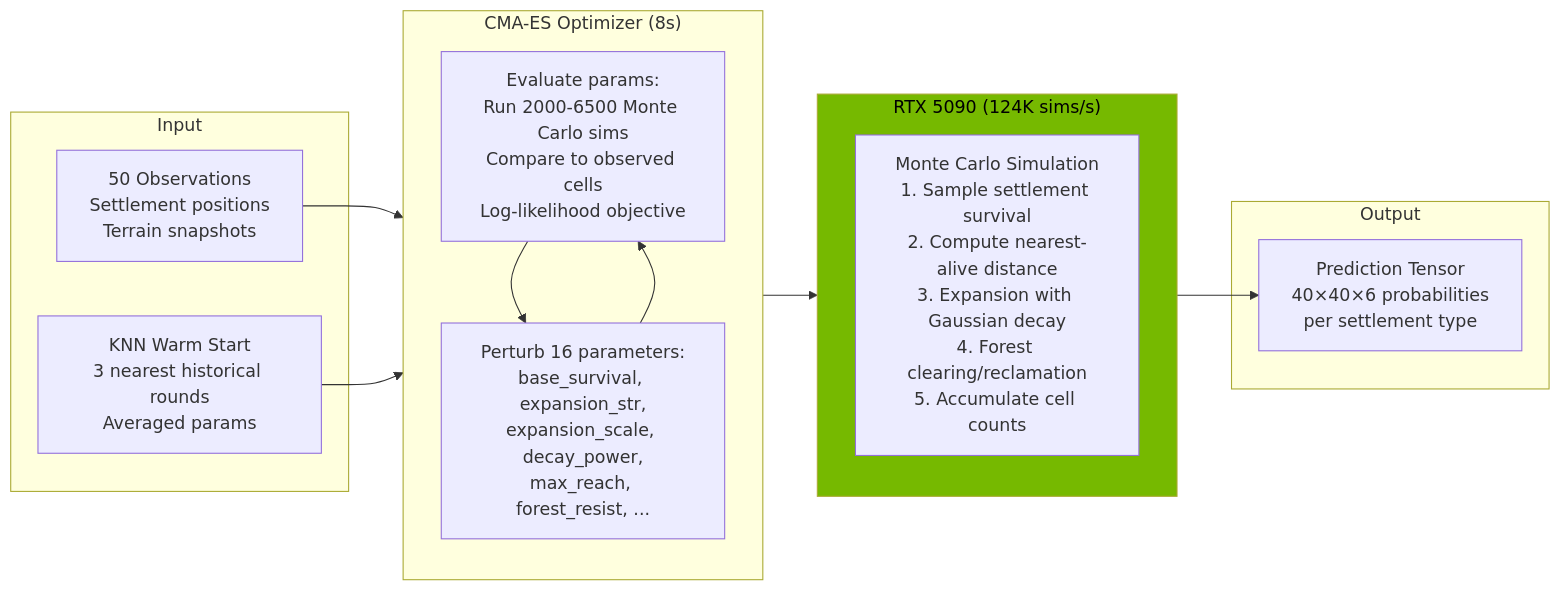
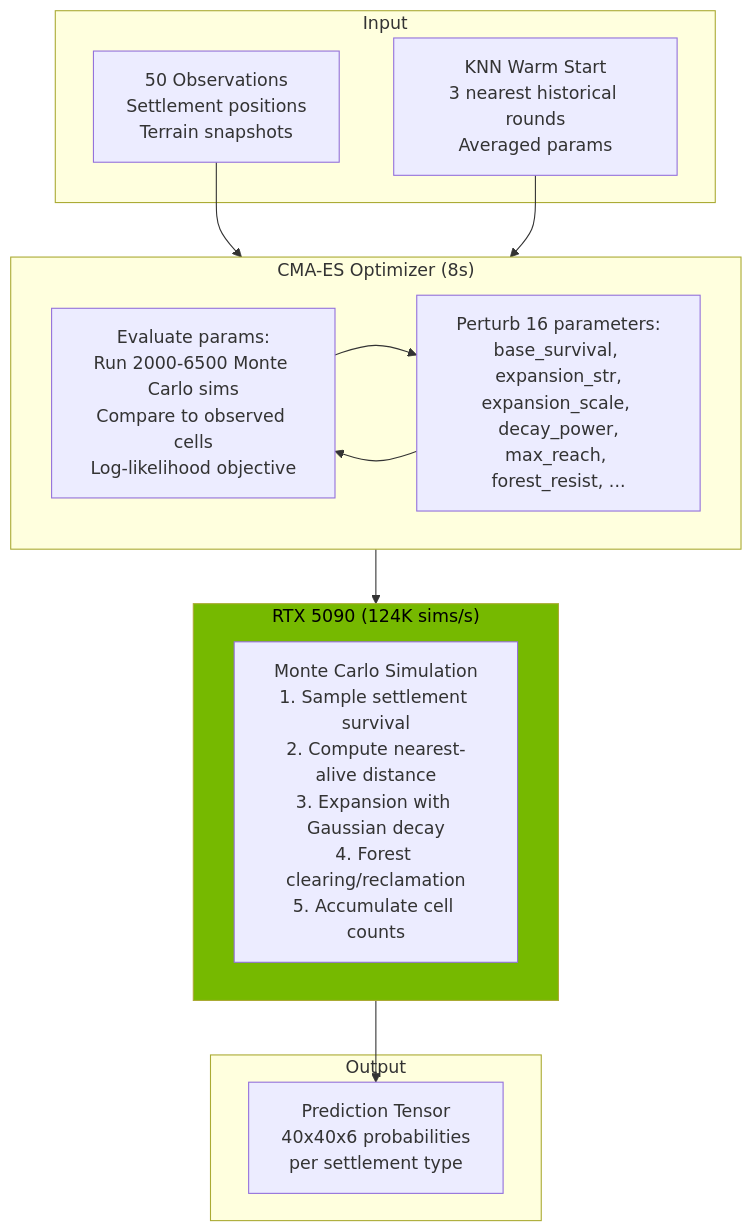
The fourth of 6 diagrams in dagthomas/astar-island-solution/DAEMON.md (dagthomas/Synthetic_Synapses_NMIAI), drawn with Mermaid before and after one commit. The commit also changed other lines of this file and 2 other files, not shown here.

````diff
--- a/dagthomas/astar-island-solution/DAEMON.md
+++ b/dagthomas/astar-island-solution/DAEMON.md
@@ -139,29 +134,28 @@
 ```mermaid
-flowchart LR
+flowchart TB
     subgraph Input
         OBS[50 Observations<br/>Settlement positions<br/>Terrain snapshots]
         WS[KNN Warm Start<br/>3 nearest historical rounds<br/>Averaged params]
     end
 
     subgraph CMA["CMA-ES Optimizer (8s)"]
-        direction TB
         EVAL["Evaluate params:<br/>Run 2000-6500 Monte Carlo sims<br/>Compare to observed cells<br/>Log-likelihood objective"]
         PERTURB["Perturb 16 parameters:<br/>base_survival, expansion_str,<br/>expansion_scale, decay_power,<br/>max_reach, forest_resist, ..."]
         EVAL --> PERTURB --> EVAL
     end
 
     subgraph GPU["RTX 5090 (124K sims/s)"]
         MC["Monte Carlo Simulation<br/>1. Sample settlement survival<br/>2. Compute nearest-alive distance<br/>3. Expansion with Gaussian decay<br/>4. Forest clearing/reclamation<br/>5. Accumulate cell counts"]
     end
 
     subgraph Output
-        PRED["Prediction Tensor<br/>40×40×6 probabilities<br/>per settlement type"]
+        PRED["Prediction Tensor<br/>40x40x6 probabilities<br/>per settlement type"]
     end
 
     OBS --> CMA
     WS --> CMA
     CMA --> GPU
     GPU --> PRED
 
     style GPU fill:#76b900,color:#000
 ```
````
